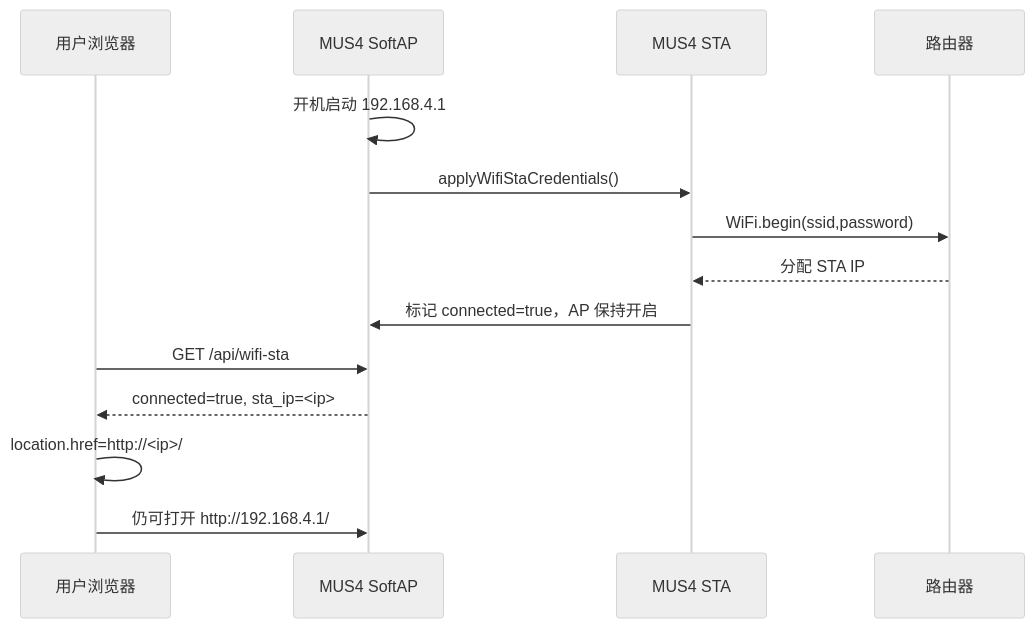
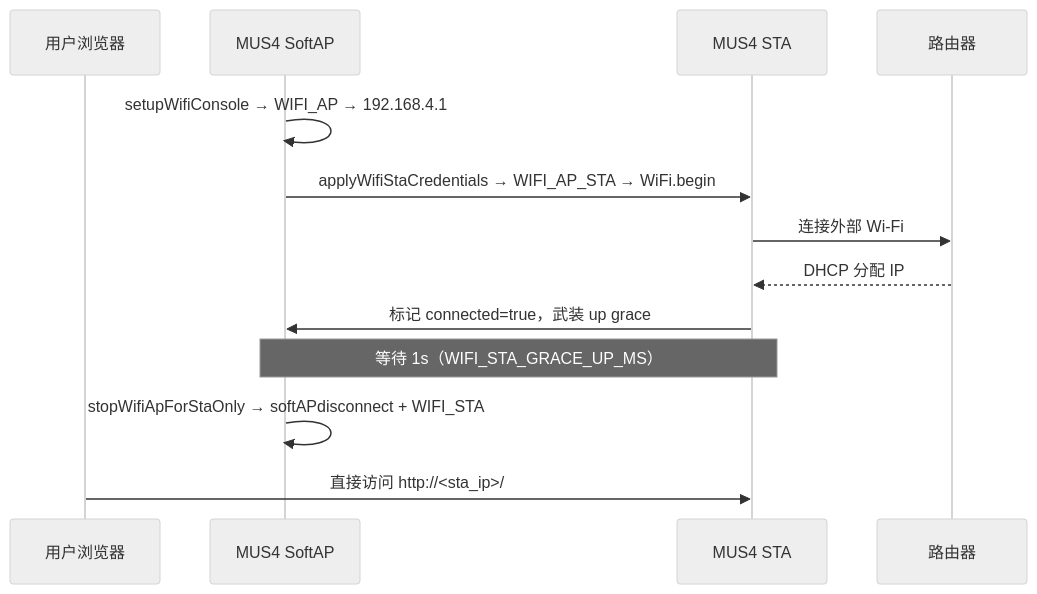
The second of 5 diagrams in MUS4_FW/docs/Inspect/wifi-ap-sta-lifecycle-inspection.md (DonkeyDrift/Firmware), drawn with Mermaid (neutral theme) before and after one commit. The commit also changed other lines of this file and 10 other files, not shown here.

````diff
--- a/MUS4_FW/docs/Inspect/wifi-ap-sta-lifecycle-inspection.md
+++ b/MUS4_FW/docs/Inspect/wifi-ap-sta-lifecycle-inspection.md
@@ -453,17 +265,16 @@
 ```mermaid
 sequenceDiagram
     participant U as 用户浏览器
     participant AP as MUS4 SoftAP
     participant STA as MUS4 STA
     participant R as 路由器
 
-    AP->>AP: 开机启动 192.168.4.1
-    AP->>STA: applyWifiStaCredentials()
-    STA->>R: WiFi.begin(ssid,password)
-    R-->>STA: 分配 STA IP
-    STA->>AP: 标记 connected=true，AP 保持开启
-    U->>AP: GET /api/wifi-sta
-    AP-->>U: connected=true, sta_ip=<ip>
-    U->>U: location.href=http://<ip>/
-    U->>AP: 仍可打开 http://192.168.4.1/
+    AP->>AP: setupWifiConsole → WIFI_AP → 192.168.4.1
+    AP->>STA: applyWifiStaCredentials → WIFI_AP_STA → WiFi.begin
+    STA->>R: 连接外部 Wi-Fi
+    R-->>STA: DHCP 分配 IP
+    STA->>AP: 标记 connected=true，武装 up grace
+    Note over AP,STA: 等待 1s（WIFI_STA_GRACE_UP_MS）
+    AP->>AP: stopWifiApForStaOnly → softAPdisconnect + WIFI_STA
+    U->>STA: 直接访问 http://<sta_ip>/
 ```
````
